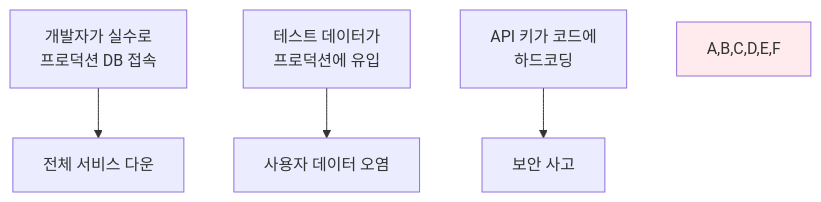
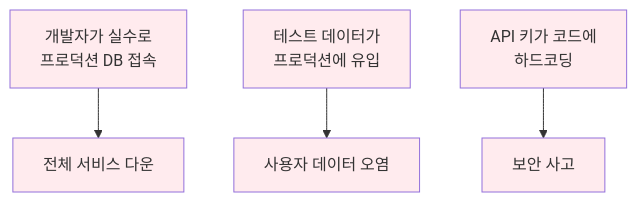
One commit to niceguy61/kdt_devops_lecture_2025 changed the first of 2 diagrams in theory/week_01/day4/session_3.md. Above: the diagram before and after it, drawn with Mermaid. The commit also changed 12 other files, not shown here.

Commit message:
mermaid 수정

````diff
--- a/theory/week_01/day4/session_3.md
+++ b/theory/week_01/day4/session_3.md
@@ -36,8 +36,13 @@
 ```mermaid
 graph TB
     A[개발자가 실수로<br/>프로덕션 DB 접속] --> B[전체 서비스 다운]
     C[테스트 데이터가<br/>프로덕션에 유입] --> D[사용자 데이터 오염]
     E[API 키가 코드에<br/>하드코딩] --> F[보안 사고]
     
-    style A,B,C,D,E,F fill:#ffebee
+    style A fill:#ffebee
+    style B fill:#ffebee
+    style C fill:#ffebee
+    style D fill:#ffebee
+    style E fill:#ffebee
+    style F fill:#ffebee
 ```
````
